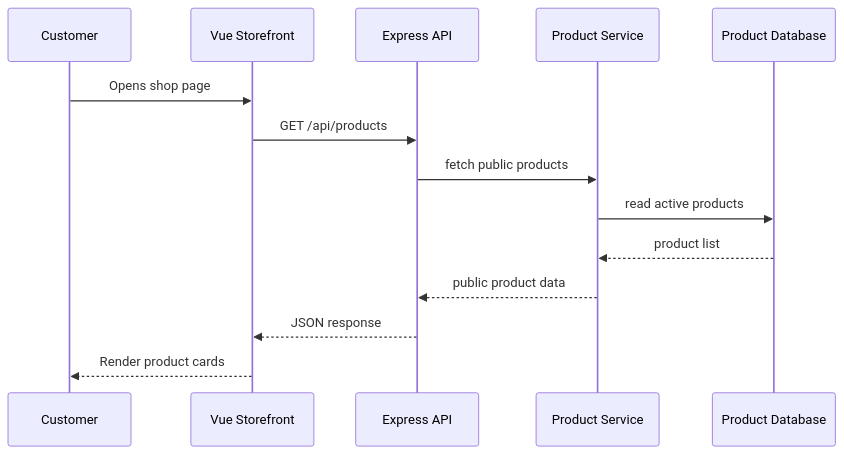
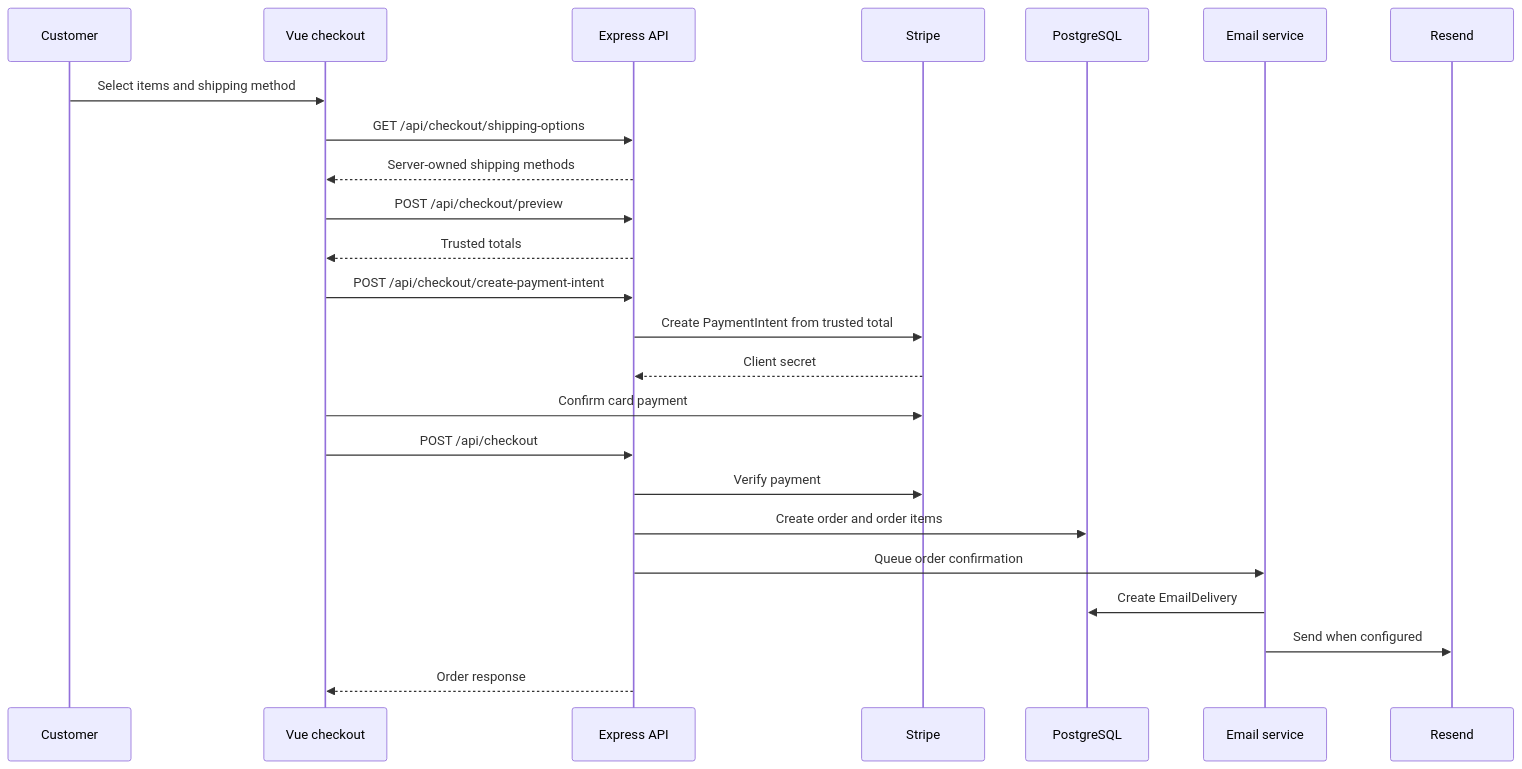
Before and after one commit to alvarezaaronAI/doggy-ent: the second of 4 diagrams in doggy_ent_vue/docs/architecture/mockdiagram.md, drawn with Mermaid. The commit also changed other lines of this file and 73 other files, not shown here.

Commit message:
Refine checkout and admin flows

````diff
--- a/doggy_ent_vue/docs/architecture/mockdiagram.md
+++ b/doggy_ent_vue/docs/architecture/mockdiagram.md
@@ -123,17 +87,27 @@
 ```mermaid
 sequenceDiagram
   participant Customer
-  participant Storefront as Vue Storefront
+  participant Checkout as Vue checkout
   participant API as Express API
-  participant Products as Product Service
-  participant DB as Product Database
+  participant Stripe
+  participant DB as PostgreSQL
+  participant Email as Email service
+  participant Resend
 
-  Customer->>Storefront: Opens shop page
-  Storefront->>API: GET /api/products
-  API->>Products: fetch public products
-  Products->>DB: read active products
-  DB-->>Products: product list
-  Products-->>API: public product data
-  API-->>Storefront: JSON response
-  Storefront-->>Customer: Render product cards
+  Customer->>Checkout: Select items and shipping method
+  Checkout->>API: GET /api/checkout/shipping-options
+  API-->>Checkout: Server-owned shipping methods
+  Checkout->>API: POST /api/checkout/preview
+  API-->>Checkout: Trusted totals
+  Checkout->>API: POST /api/checkout/create-payment-intent
+  API->>Stripe: Create PaymentIntent from trusted total
+  Stripe-->>API: Client secret
+  Checkout->>Stripe: Confirm card payment
+  Checkout->>API: POST /api/checkout
+  API->>Stripe: Verify payment
+  API->>DB: Create order and order items
+  API->>Email: Queue order confirmation
+  Email->>DB: Create EmailDelivery
+  Email->>Resend: Send when configured
+  API-->>Checkout: Order response
 ```
````
